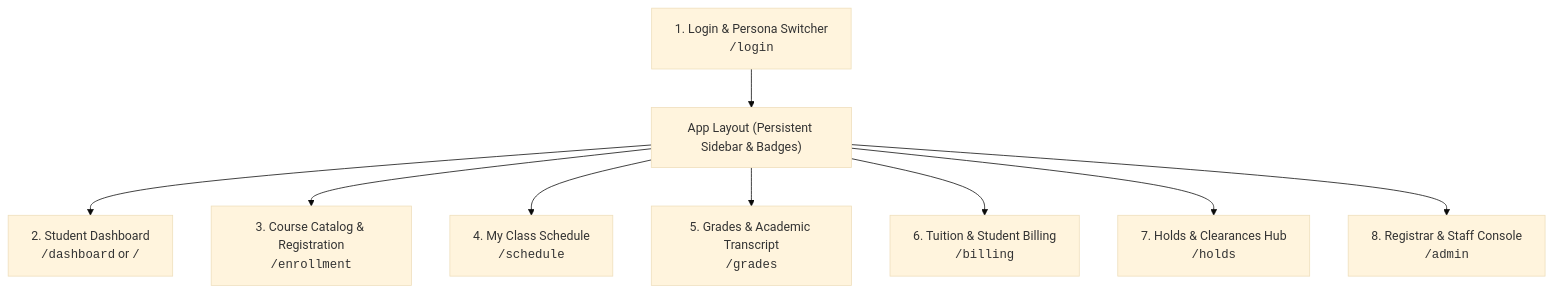
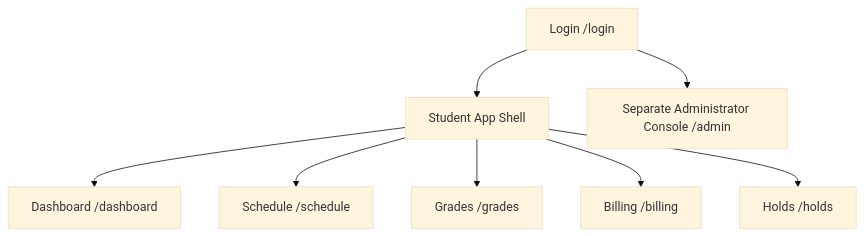
The diagram in docs/sis-page-architecture.md (PhonsekalLaure/frighton-university-sis), drawn with Mermaid (base theme) before and after one commit. The commit also changed other lines of this file and 7 other files, not shown here.

Commit message:
feat: implement SIS dashboard service, student tests, and integration routes

````diff
--- a/docs/sis-page-architecture.md
+++ b/docs/sis-page-architecture.md
@@ -18,12 +15,10 @@
 ```mermaid
 graph TD
-    Auth["1. Login & Persona Switcher<br/><code>/login</code>"] --> AppShell["App Layout (Persistent Sidebar & Badges)"]
-    
-    AppShell --> Dashboard["2. Student Dashboard<br/><code>/dashboard</code> or <code>/</code>"]
-    AppShell --> Enrollment["3. Course Catalog & Registration<br/><code>/enrollment</code>"]
-    AppShell --> Schedule["4. My Class Schedule<br/><code>/schedule</code>"]
-    AppShell --> Grades["5. Grades & Academic Transcript<br/><code>/grades</code>"]
-    AppShell --> Billing["6. Tuition & Student Billing<br/><code>/billing</code>"]
-    AppShell --> Holds["7. Holds & Clearances Hub<br/><code>/holds</code>"]
-    AppShell --> Admin["8. Registrar & Staff Console<br/><code>/admin</code>"]
+    Auth["Login /login"] --> Shell["Student App Shell"]
+    Shell --> Dashboard["Dashboard /dashboard"]
+    Shell --> Schedule["Schedule /schedule"]
+    Shell --> Grades["Grades /grades"]
+    Shell --> Billing["Billing /billing"]
+    Shell --> Holds["Holds /holds"]
+    Auth --> Admin["Separate Administrator Console /admin"]
 ```
````
